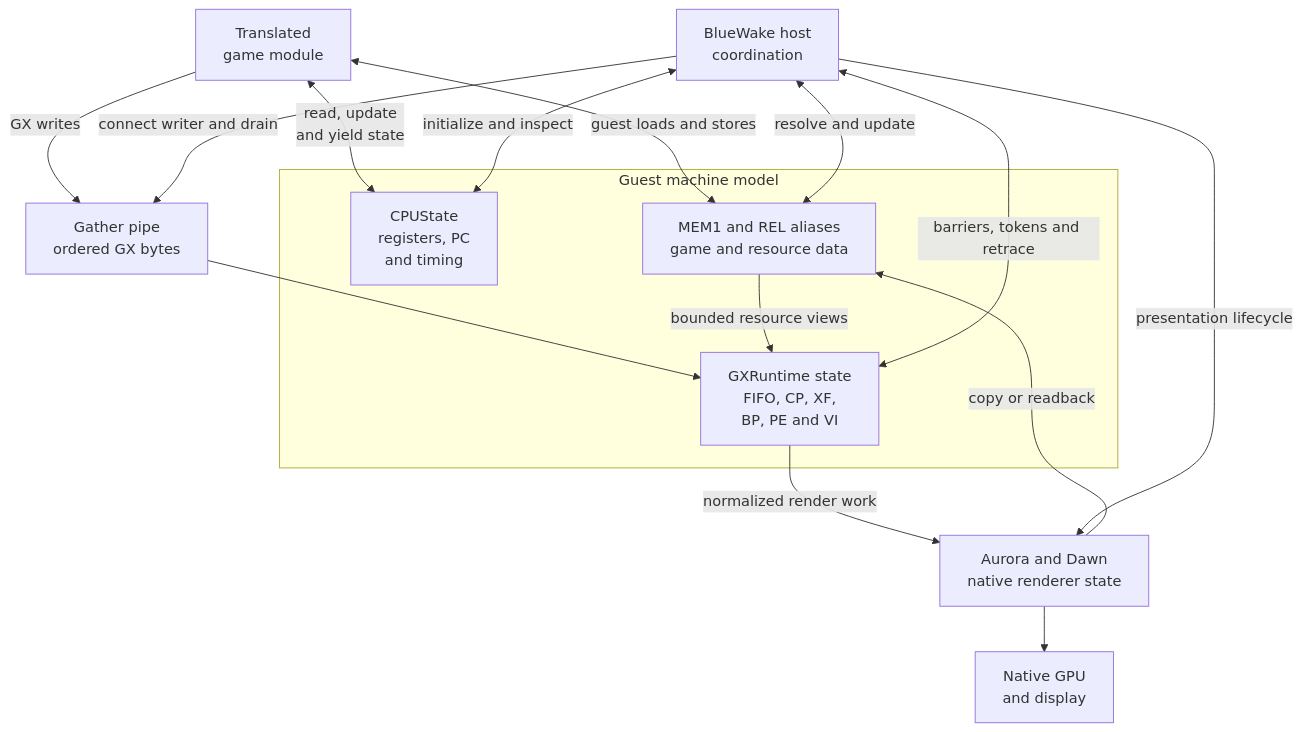
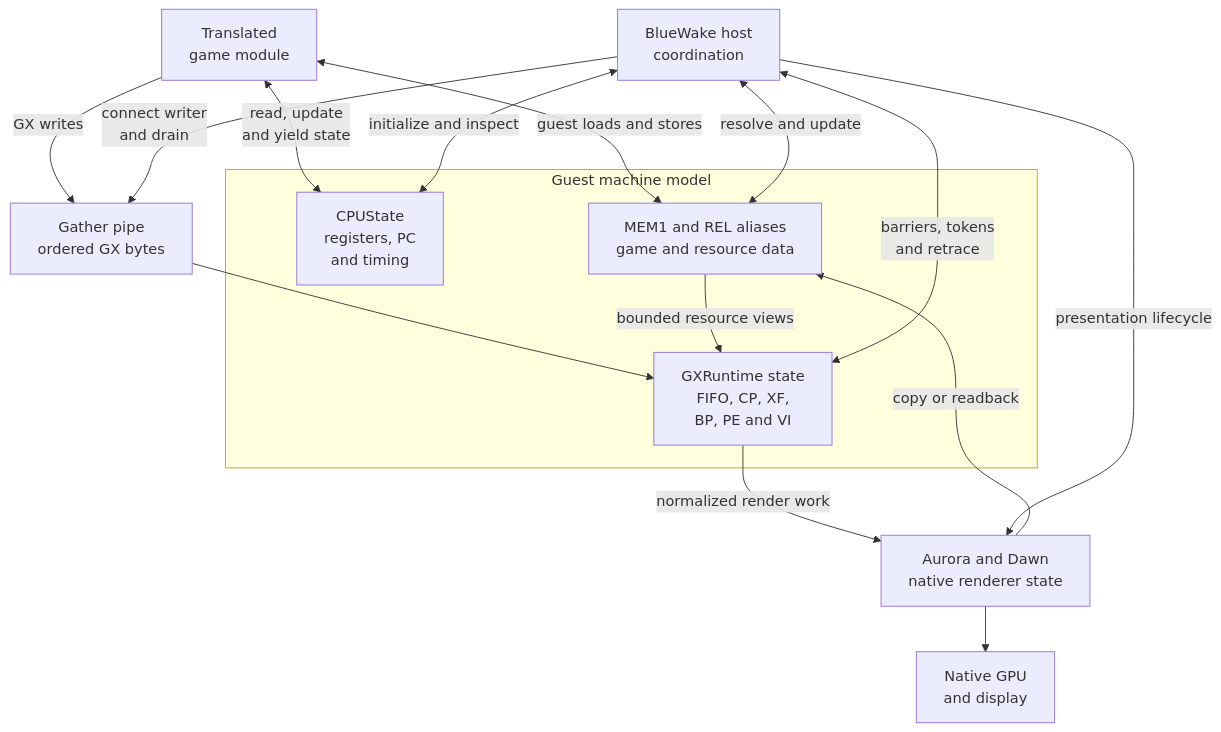
Before and after one commit to Aelbannan/boat_of_daphnes: the sixth of 11 diagrams in docs/architecture/Graphics.md, drawn with Mermaid. The commit also changed other lines of this file and 7 other files, not shown here.

Commit message:
Wrap Mermaid diagram labels

````diff
--- a/docs/architecture/Graphics.md
+++ b/docs/architecture/Graphics.md
@@ -384,39 +392,39 @@
 ```mermaid
 flowchart TD
     Module["`Translated
 game module`"]
     Host["`BlueWake host
 coordination`"]
     Pipe["`Gather pipe
 ordered GX bytes`"]
 
     subgraph Guest["Guest machine model"]
         CPU["`CPUState
 registers, PC
 and timing`"]
         Memory["`MEM1 and REL aliases
 game and resource data`"]
         GX["`GXRuntime state
 FIFO, CP, XF,
 BP, PE and VI`"]
     end
 
     Native["`Aurora and Dawn
 native renderer state`"]
     Display["`Native GPU
 and display`"]
 
     Module <-->|"`read, update
 and yield state`"| CPU
     Module <-->|"guest loads and stores"| Memory
     Module -->|"GX writes"| Pipe --> GX
     Host <-->|"initialize and inspect"| CPU
     Host <-->|"resolve and update"| Memory
-    Host -->|"connect writer and drain"| Pipe
+    Host -->|"connect writer<br/>and drain"| Pipe
     Memory -->|"bounded resource views"| GX
-    Host <-->|"barriers, tokens and retrace"| GX
+    Host <-->|"barriers, tokens<br/>and retrace"| GX
     GX -->|"normalized render work"| Native
     Native -->|"copy or readback"| Memory
     Host -->|"presentation lifecycle"| Native
     Native --> Display
 ```
````
